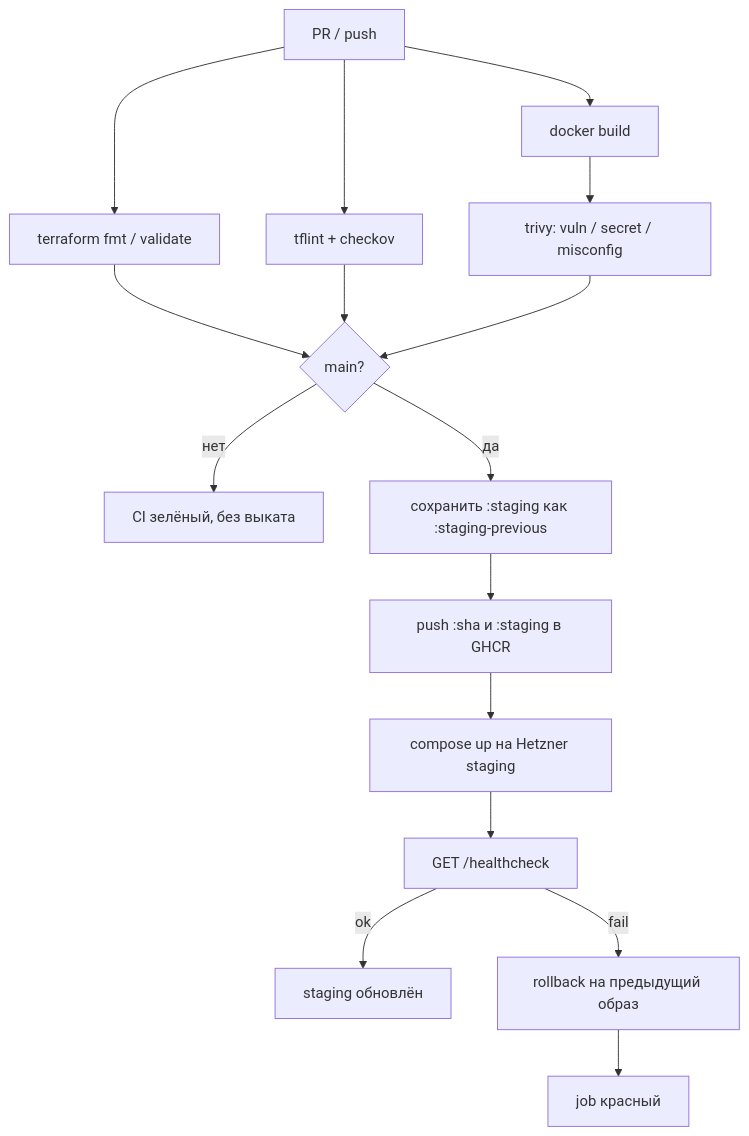
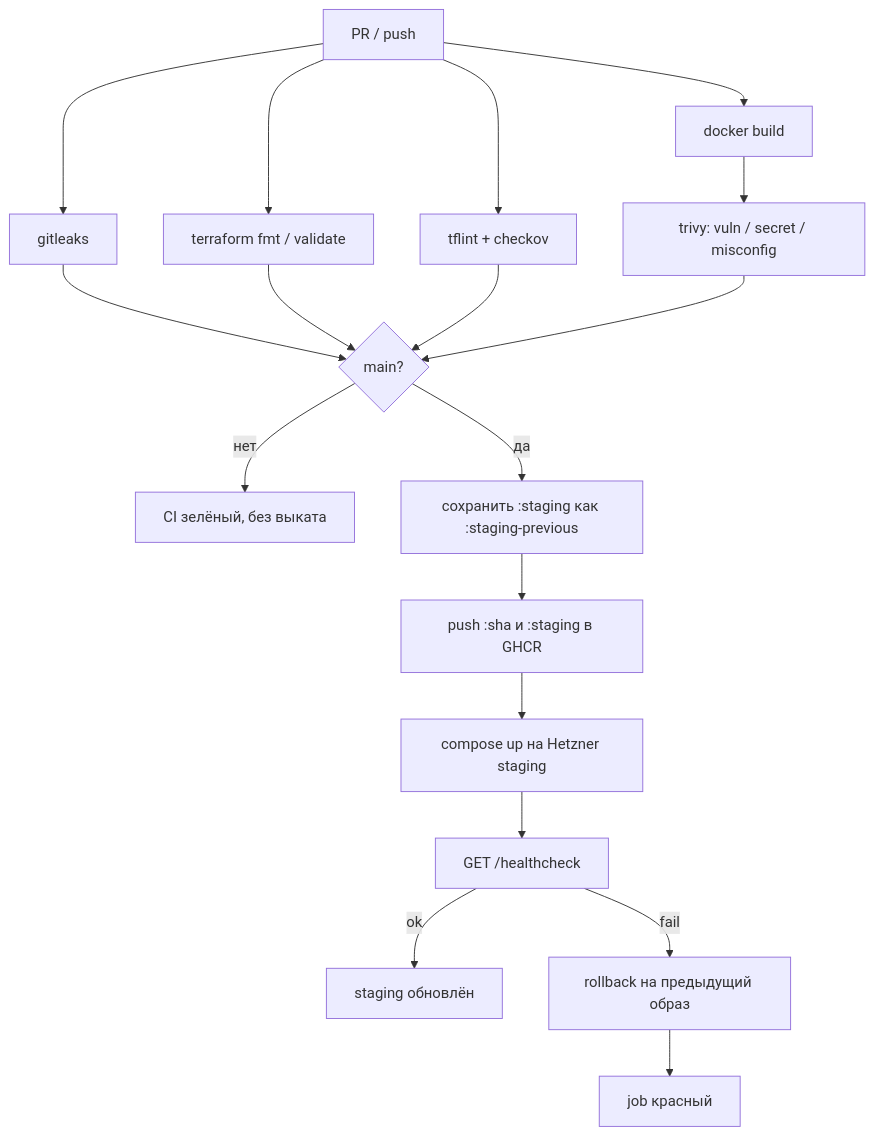
Before and after one commit to larchanka-training/dmc-268-api-t6: the diagram in docs/CICD.md, drawn with Mermaid. The commit also changed other lines of this file and 23 other files, not shown here.

````diff
--- a/docs/CICD.md
+++ b/docs/CICD.md
@@ -15,18 +15,20 @@
 ```mermaid
 flowchart TD
-  pr["PR / push"] --> tf["terraform fmt / validate"]
+  pr["PR / push"] --> secrets["gitleaks"]
+  pr --> tf["terraform fmt / validate"]
   pr --> lint["tflint + checkov"]
   pr --> build["docker build"]
   build --> scan["trivy: vuln / secret / misconfig"]
-  tf --> gate{"main?"}
+  secrets --> gate{"main?"}
+  tf --> gate
   lint --> gate
   scan --> gate
   gate -->|нет| stop["CI зелёный, без выката"]
   gate -->|да| prev["сохранить :staging как :staging-previous"]
   prev --> push["push :sha и :staging в GHCR"]
   push --> deploy["compose up на Hetzner staging"]
   deploy --> health["GET /healthcheck"]
   health -->|ok| done["staging обновлён"]
   health -->|fail| rb["rollback на предыдущий образ"]
   rb --> fail["job красный"]
 ```
````
